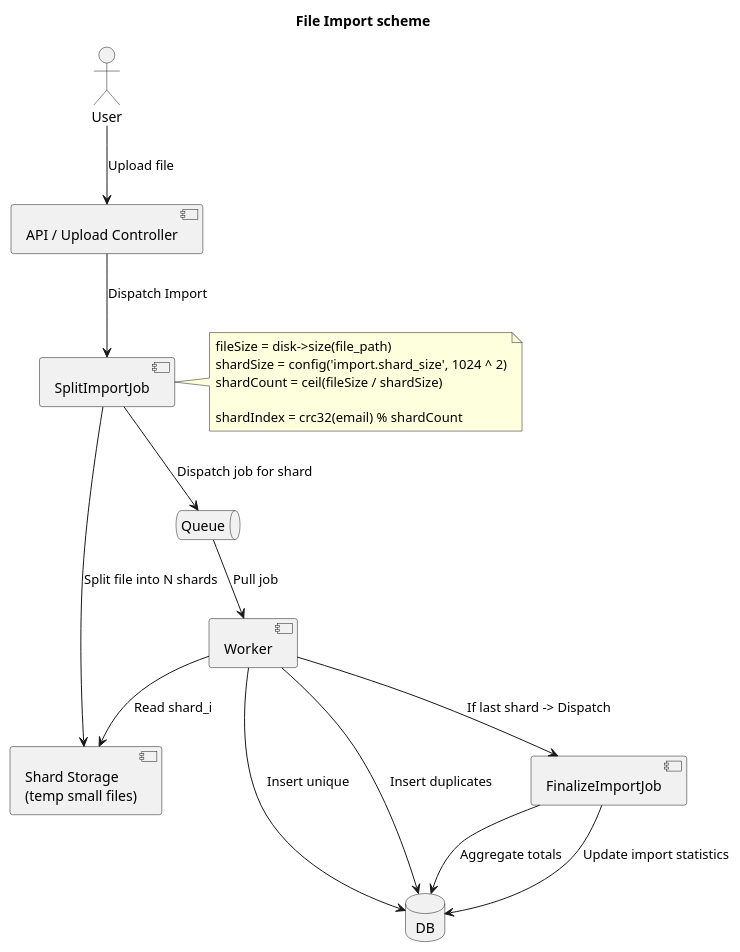
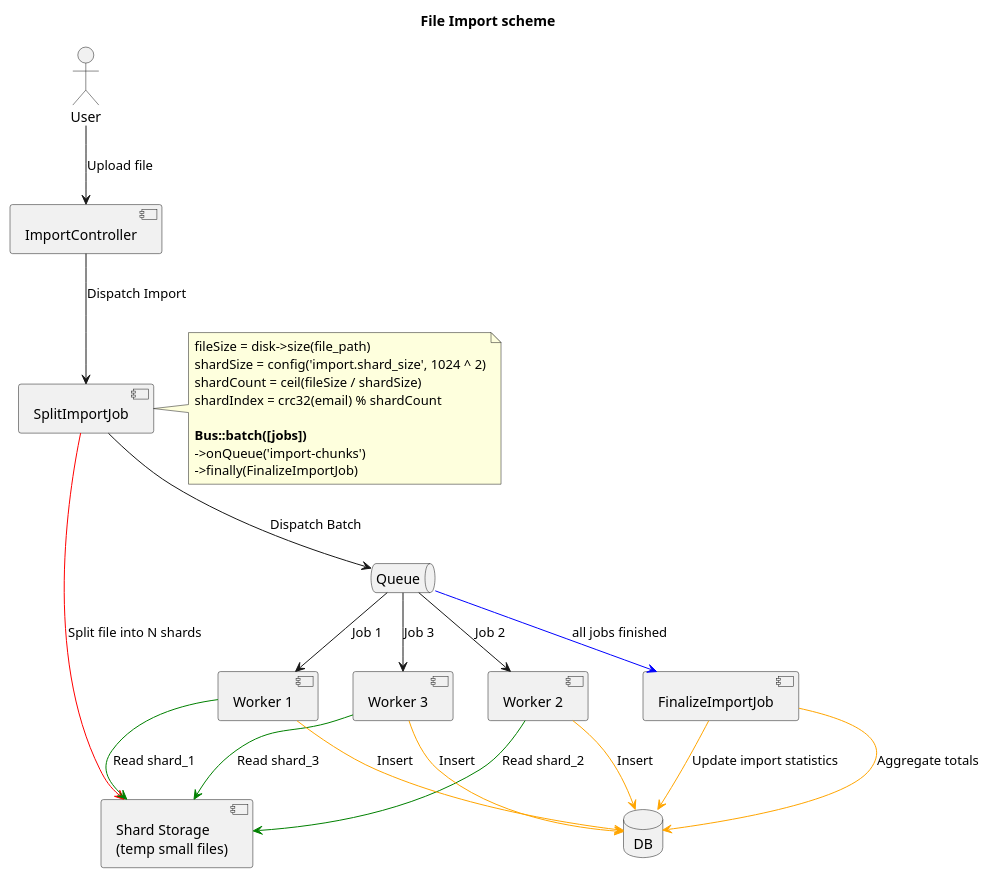
One commit to taranovegor/ta.ecomail changed the diagram in docs/import-scheme.puml. Above: the diagram before and after it, drawn with PlantUML. The commit also changed 2 other files, not shown here.

Commit message:
Refactor import scheme diagram and update README for clarity on import process and requirements

```diff
--- a/docs/import-scheme.puml
+++ b/docs/import-scheme.puml
@@ -1,41 +1,50 @@
 @startuml
 title File Import scheme
 
 actor User
 
-component "API / Upload Controller" as API
+component "ImportController" as API
 component "SplitImportJob" as Orchestrator
 component "Shard Storage\n(temp small files)" as ShardStorage
 queue "Queue" as Queue
-component "Worker" as Worker
+component "Worker 1" as Worker_1
+component "Worker 2" as Worker_2
+component "Worker 3" as Worker_3
 database "DB" as DB
 component "FinalizeImportJob" as Finalize
 
 User --> API : Upload file
 API --> Orchestrator : Dispatch Import
 
 note right of Orchestrator
-fileSize = disk->size(file_path)
-shardSize = config('import.shard_size', 1024 ^ 2)
-shardCount = ceil(fileSize / shardSize)
+  fileSize = disk->size(file_path)
+  shardSize = config('import.shard_size', 1024 ^ 2)
+  shardCount = ceil(fileSize / shardSize)
+  shardIndex = crc32(email) % shardCount
 
-shardIndex = crc32(email) % shardCount
+  **Bus::batch([jobs])**
+  ->onQueue('import-chunks')
+  ->finally(FinalizeImportJob)
 end note
 
-Orchestrator --> ShardStorage : Split file into N shards
+Orchestrator -[#red]-> ShardStorage : Split file into N shards
+Orchestrator --> Queue : Dispatch Batch
 
-Orchestrator --> Queue : Dispatch job for shard
+Queue --> Worker_1 : Job 1
+Queue --> Worker_2 : Job 2
+Queue --> Worker_3 : Job 3
 
-Queue --> Worker : Pull job
+Worker_1 -[#green]-> ShardStorage : Read shard_1
+Worker_2 -[#green]-> ShardStorage : Read shard_2
+Worker_3 -[#green]-> ShardStorage : Read shard_3
 
-Worker --> ShardStorage : Read shard_i
+Worker_1 -[#orange]-> DB : Insert
+Worker_2 -[#orange]-> DB : Insert
+Worker_3 -[#orange]-> DB : Insert
 
-Worker --> DB : Insert unique
-Worker --> DB : Insert duplicates
+Queue -[#blue]-> Finalize : all jobs finished
 
-Worker --> Finalize : If last shard -> Dispatch
-
-Finalize --> DB : Aggregate totals
-Finalize --> DB : Update import statistics
+Finalize -[#orange]-> DB : Aggregate totals
+Finalize -[#orange]-> DB : Update import statistics
 
 @enduml
```
